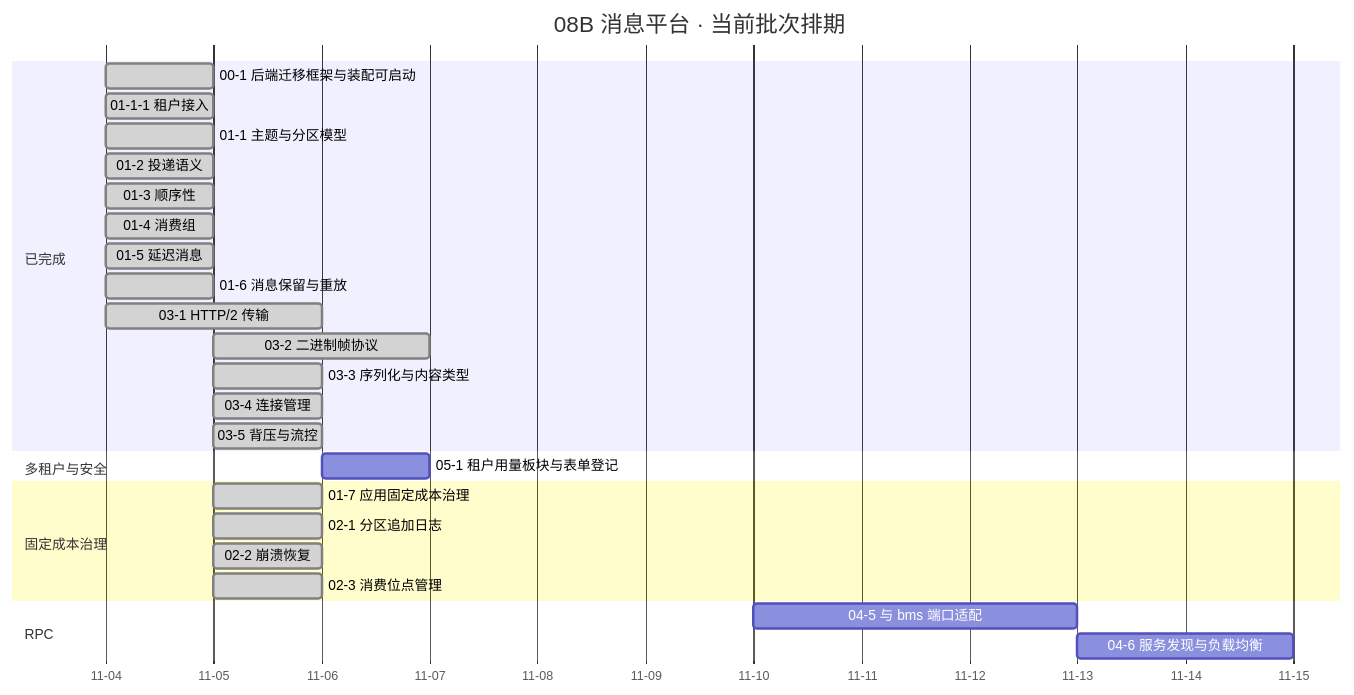
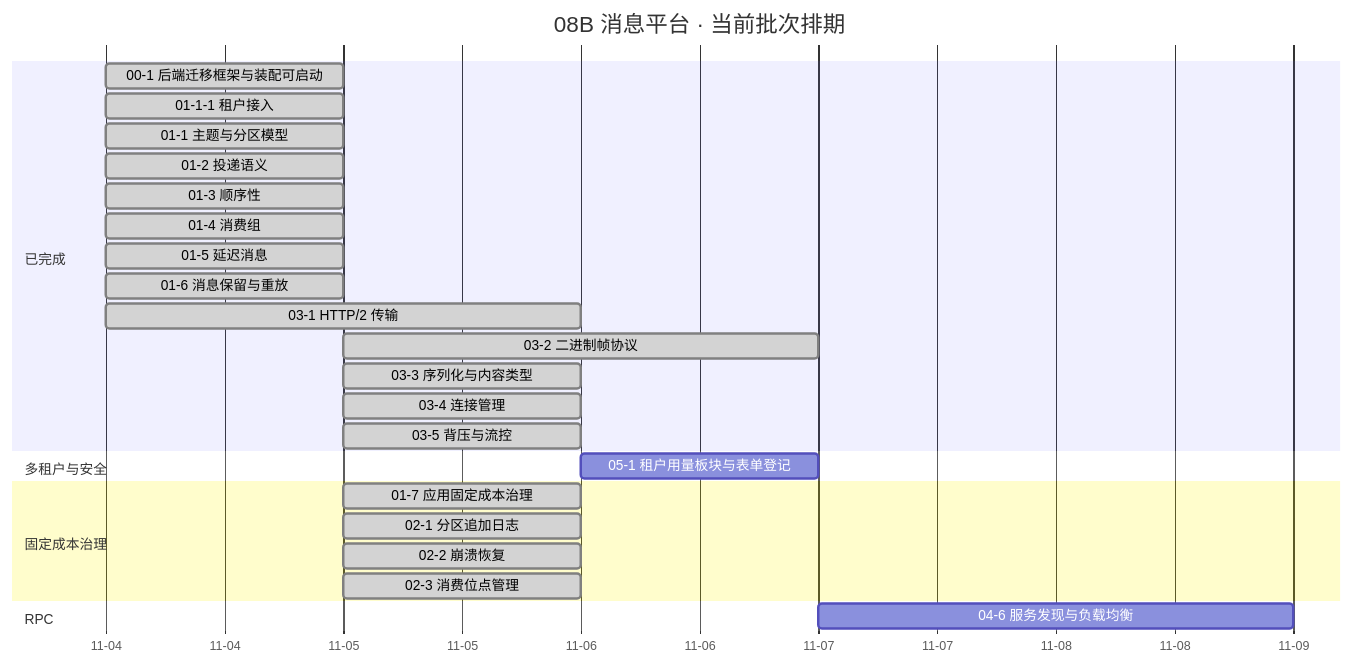
The diagram in msg文档/项目/08B_消息平台/计划/01_计划_消息平台.md (minjian123/message-platform), drawn with Mermaid before and after one commit. The commit also changed other lines of this file and 7 other files, not shown here.

````diff
--- a/msg文档/项目/08B_消息平台/计划/01_计划_消息平台.md
+++ b/msg文档/项目/08B_消息平台/计划/01_计划_消息平台.md
@@ -77,31 +77,30 @@
 ```mermaid
 gantt
     title 08B 消息平台 · 当前批次排期
-    %% 任务域 02：02-7 已交付（2026-11-05）、02-4/02-5 搁置（待 8B_05）；任务域 04：04-1 / 04-2 / 04-3 / 04-4 / 04-7 已交付不入甘特，04-5 / 04-6 已解搁置并顺排
+    %% 任务域 02：02-7 已交付（2026-11-05）、02-4/02-5 搁置（待 8B_05）；任务域 04：04-1 / 04-2 / 04-3 / 04-4 / 04-5 / 04-7 已交付不入甘特，04-6 已解搁置（2026-11-07~08）
     dateFormat YYYY-MM-DD
     axisFormat %m-%d
     section 已完成
     00-1 后端迁移框架与装配可启动 :done, d001, 2026-11-04, 1d
     01-1-1 租户接入 :done, d0111, 2026-11-04, 1d
     01-1 主题与分区模型 :done, t011, 2026-11-04, 1d
     01-2 投递语义 :done, t012, 2026-11-04, 1d
     01-3 顺序性 :done, t013, 2026-11-04, 1d
     01-4 消费组 :done, t014, 2026-11-04, 1d
     01-5 延迟消息 :done, t015, 2026-11-04, 1d
     01-6 消息保留与重放 :done, t016, 2026-11-04, 1d
     03-1 HTTP/2 传输 :done, t031, 2026-11-04, 2d
     03-2 二进制帧协议 :done, t032, 2026-11-05, 2d
     03-3 序列化与内容类型 :done, t033, 2026-11-05, 1d
     03-4 连接管理 :done, t034, 2026-11-05, 1d
     03-5 背压与流控 :done, t035, 2026-11-05, 1d
     section 多租户与安全
     05-1 租户用量板块与表单登记 :t051, after t035, 1d
     section 固定成本治理
     01-7 应用固定成本治理 :done, t017, 2026-11-05, 1d
     02-1 分区追加日志 :done, t021, 2026-11-05, 1d
     02-2 崩溃恢复 :done, t022, 2026-11-05, 1d
     02-3 消费位点管理 :done, t023, 2026-11-05, 1d
     section RPC
-    04-5 与 bms 端口适配 :t045, 2026-11-10, 3d
-    04-6 服务发现与负载均衡 :t046, 2026-11-13, 2d
+    04-6 服务发现与负载均衡 :t046, 2026-11-07, 2d
 ```
````
